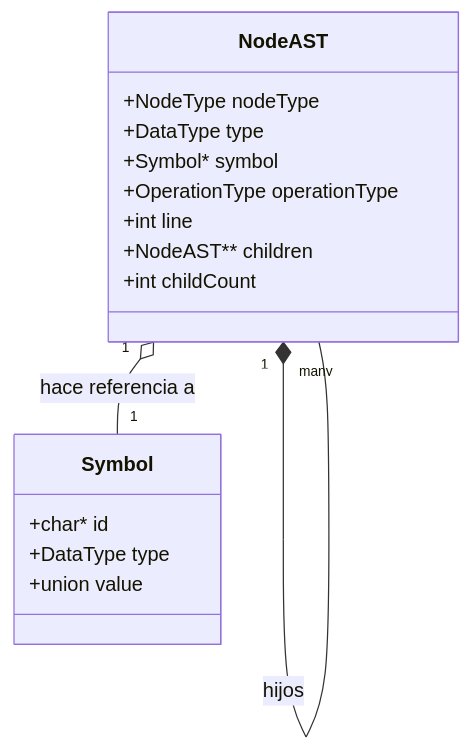
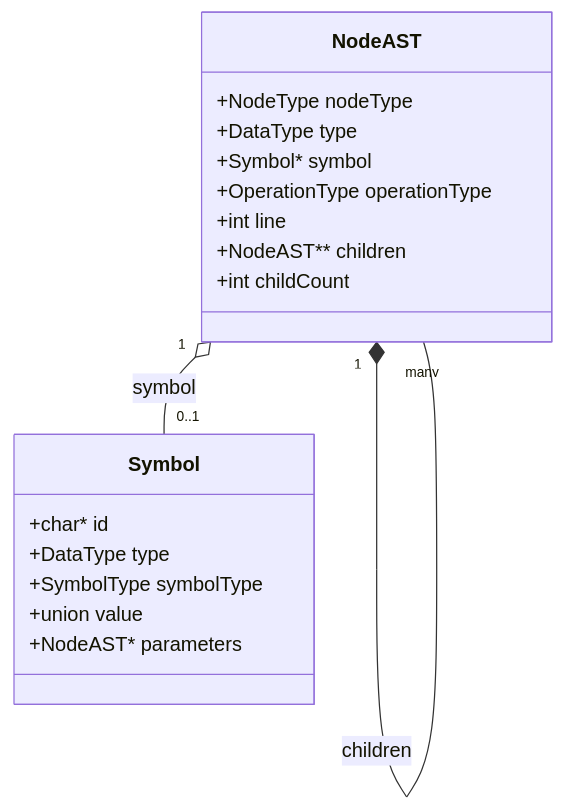
The diagram in documentacion/wiki/03-ast.md (julivarea/compiler), drawn with Mermaid before and after one commit. The commit also changed other lines of this file and 11 other files, not shown here.

````diff
--- a/documentacion/wiki/03-ast.md
+++ b/documentacion/wiki/03-ast.md
@@ -7,21 +11,23 @@
 ```mermaid
 classDiagram
     class NodeAST {
         +NodeType nodeType
         +DataType type
         +Symbol* symbol
         +OperationType operationType
         +int line
         +NodeAST** children
         +int childCount
     }
-    
+
     class Symbol {
         +char* id
         +DataType type
+        +SymbolType symbolType
         +union value
+        +NodeAST* parameters
     }
 
-    NodeAST "1" *-- "many" NodeAST : hijos
-    NodeAST "1" o-- "1" Symbol : hace referencia a
+    NodeAST "1" *-- "many" NodeAST : children
+    NodeAST "1" o-- "0..1" Symbol : symbol
 ```
````
